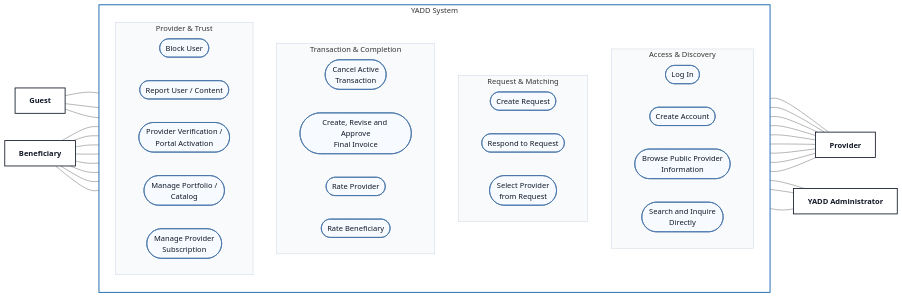
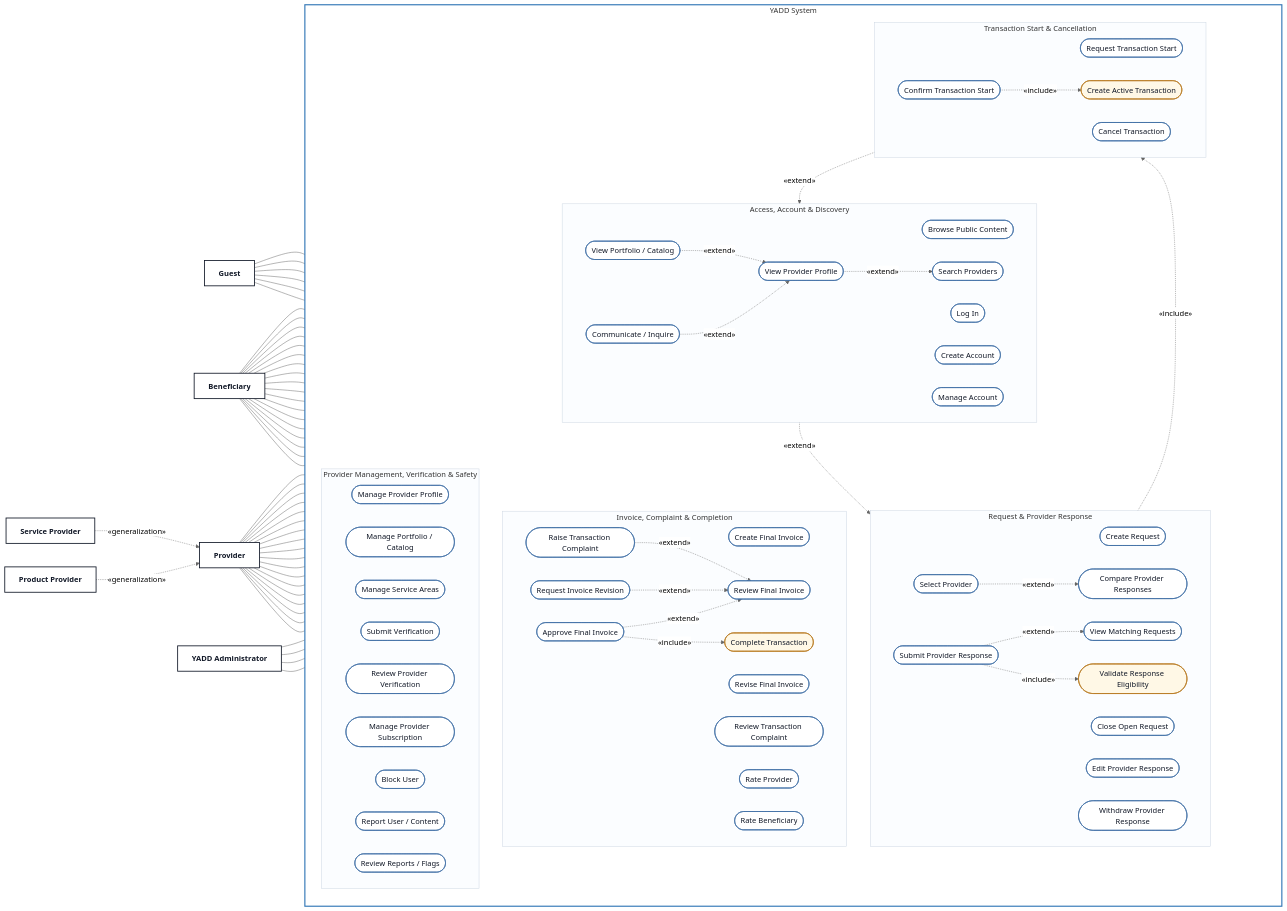
Before and after one commit to Yadd-SanaaUniversityGraduationProject/yadd: the diagram in diagrams/03-analysis/uml/use-case/00-main-overview.md, drawn with Mermaid (neutral theme). The commit also changed other lines of this file, not shown here.

Commit message:
Expand main YADD use case diagram in Mermaid

````diff
--- a/diagrams/03-analysis/uml/use-case/00-main-overview.md
+++ b/diagrams/03-analysis/uml/use-case/00-main-overview.md
@@ -21,75 +26,156 @@
     subgraph SYS["YADD System"]
         direction TB
 
-        subgraph ACCESS["Access & Discovery"]
+        subgraph ACCESS["Access, Account & Discovery"]
             direction LR
+            BROWSE(["Browse Public Content"]):::usecase
+            SEARCH(["Search Providers"]):::usecase
+            PROFILE(["View Provider Profile"]):::usecase
+            VIEW_PORTFOLIO(["View Portfolio / Catalog"]):::usecase
             LOGIN(["Log In"]):::usecase
             REGISTER(["Create Account"]):::usecase
-            UC00(["Browse Public Provider<br/>Information"]):::usecase
-            UC01(["Search and Inquire<br/>Directly"]):::usecase
+            MANAGE_ACCOUNT(["Manage Account"]):::usecase
+            CHAT(["Communicate / Inquire"]):::usecase
         end
 
-        subgraph REQUESTS["Request & Matching"]
+        subgraph REQUESTS["Request & Provider Response"]
             direction LR
-            UC02(["Create Request"]):::usecase
-            UC03(["Respond to Request"]):::usecase
-            UC04(["Select Provider<br/>from Request"]):::usecase
+            CREATE_REQ(["Create Request"]):::usecase
+            CLOSE_REQ(["Close Open Request"]):::usecase
+            COMPARE(["Compare Provider Responses"]):::usecase
+            SELECT(["Select Provider"]):::usecase
+            VIEW_MATCHING(["View Matching Requests"]):::usecase
+            SUBMIT_RESPONSE(["Submit Provider Response"]):::usecase
+            EDIT_RESPONSE(["Edit Provider Response"]):::usecase
+            WITHDRAW_RESPONSE(["Withdraw Provider Response"]):::usecase
+            VALIDATE_RESPONSE(["Validate Response Eligibility"]):::systemuc
         end
 
-        subgraph TRANSACTIONS["Transaction & Completion"]
+        subgraph TRANSACTION["Transaction Start & Cancellation"]
             direction LR
-            UC05(["Cancel Active<br/>Transaction"]):::usecase
-            UC06(["Create, Revise and Approve<br/>Final Invoice"]):::usecase
-            UC07(["Rate Provider"]):::usecase
-            UC07B(["Rate Beneficiary"]):::usecase
+            REQUEST_START(["Request Transaction Start"]):::usecase
+            CONFIRM_START(["Confirm Transaction Start"]):::usecase
+            CREATE_TX(["Create Active Transaction"]):::systemuc
+            CANCEL_TX(["Cancel Transaction"]):::usecase
         end
 
-        subgraph TRUST["Provider & Trust"]
+        subgraph INVOICE["Invoice, Complaint & Completion"]
             direction LR
+            CREATE_INV(["Create Final Invoice"]):::usecase
+            REVIEW_INV(["Review Final Invoice"]):::usecase
+            APPROVE_INV(["Approve Final Invoice"]):::usecase
+            REQUEST_REV(["Request Invoice Revision"]):::usecase
+            REVISE_INV(["Revise Final Invoice"]):::usecase
+            COMPLAINT(["Raise Transaction Complaint"]):::usecase
+            REVIEW_COMPLAINT(["Review Transaction Complaint"]):::usecase
+            COMPLETE_TX(["Complete Transaction"]):::systemuc
+            RATE_PROVIDER(["Rate Provider"]):::usecase
+            RATE_BENEFICIARY(["Rate Beneficiary"]):::usecase
+        end
+
+        subgraph PROVIDER_TRUST["Provider Management, Verification & Safety"]
+            direction LR
+            MANAGE_PROFILE(["Manage Provider Profile"]):::usecase
+            MANAGE_PORTFOLIO(["Manage Portfolio / Catalog"]):::usecase
+            SERVICE_AREAS(["Manage Service Areas"]):::usecase
+            SUBMIT_VERIFICATION(["Submit Verification"]):::usecase
+            REVIEW_VERIFICATION(["Review Provider Verification"]):::usecase
+            SUBSCRIPTION(["Manage Provider Subscription"]):::usecase
             BLOCK(["Block User"]):::usecase
             REPORT(["Report User / Content"]):::usecase
-            UC09(["Provider Verification /<br/>Portal Activation"]):::usecase
-            UC10(["Manage Portfolio /<br/>Catalog"]):::usecase
-            SUB(["Manage Provider<br/>Subscription"]):::usecase
+            REVIEW_REPORTS(["Review Reports / Flags"]):::usecase
         end
     end
 
     P["Provider"]:::actor
+    SP["Service Provider"]:::actor
+    PP["Product Provider"]:::actor
     A["YADD Administrator"]:::actor
 
+    %% Guest associations
+    G --- BROWSE
+    G --- SEARCH
+    G --- PROFILE
+    G --- VIEW_PORTFOLIO
     G --- LOGIN
     G --- REGISTER
-    G --- UC00
 
-    B --- UC01
-    B --- UC02
-    B --- UC04
-    B --- UC05
-    B --- UC06
-    B --- UC07
+    %% Beneficiary associations
+    B --- MANAGE_ACCOUNT
+    B --- SEARCH
+    B --- PROFILE
+    B --- CREATE_REQ
+    B --- CLOSE_REQ
+    B --- COMPARE
+    B --- CHAT
+    B --- SELECT
+    B --- REQUEST_START
+    B --- CONFIRM_START
+    B --- CANCEL_TX
+    B --- REVIEW_INV
+    B --- APPROVE_INV
+    B --- REQUEST_REV
+    B --- COMPLAINT
+    B --- RATE_PROVIDER
     B --- BLOCK
     B --- REPORT
 
-    UC01 --- P
-    UC03 --- P
-    UC05 --- P
-    UC06 --- P
-    UC07B --- P
-    BLOCK --- P
-    REPORT --- P
-    UC09 --- P
-    UC10 --- P
+    %% Provider associations
+    P --- MANAGE_ACCOUNT
+    P --- MANAGE_PROFILE
+    P --- MANAGE_PORTFOLIO
+    P --- SERVICE_AREAS
+    P --- SUBMIT_VERIFICATION
+    P --- VIEW_MATCHING
+    P --- SUBMIT_RESPONSE
+    P --- EDIT_RESPONSE
+    P --- WITHDRAW_RESPONSE
+    P --- CHAT
+    P --- REQUEST_START
+    P --- CONFIRM_START
+    P --- CANCEL_TX
+    P --- CREATE_INV
+    P --- REVISE_INV
+    P --- RATE_BENEFICIARY
+    P --- BLOCK
+    P --- REPORT
 
-    REPORT --- A
-    UC09 --- A
-    SUB --- A
+    %% Administrator associations
+    A --- REVIEW_VERIFICATION
+    A --- REVIEW_REPORTS
+    A --- REVIEW_COMPLAINT
+    A --- SUBSCRIPTION
+
+    %% Actor generalization
+    SP -. "«generalization»" .-> P
+    PP -. "«generalization»" .-> P
+
+    %% Approved / derived extend relationships
+    PROFILE -. "«extend»" .-> SEARCH
+    VIEW_PORTFOLIO -. "«extend»" .-> PROFILE
+    CHAT -. "«extend»" .-> PROFILE
+    CHAT -. "«extend»" .-> COMPARE
+    SELECT -. "«extend»" .-> COMPARE
+    SUBMIT_RESPONSE -. "«extend»" .-> VIEW_MATCHING
+    REQUEST_START -. "«extend»" .-> CHAT
+    APPROVE_INV -. "«extend»" .-> REVIEW_INV
+    REQUEST_REV -. "«extend»" .-> REVIEW_INV
+    COMPLAINT -. "«extend»" .-> REVIEW_INV
+
+    %% Approved / derived include relationships
+    SUBMIT_RESPONSE -. "«include»" .-> VALIDATE_RESPONSE
+    SELECT -. "«include»" .-> CREATE_TX
+    CONFIRM_START -. "«include»" .-> CREATE_TX
+    APPROVE_INV -. "«include»" .-> COMPLETE_TX
 
     classDef actor fill:#FFFFFF,stroke:#111827,stroke-width:1.8px,color:#111827,font-weight:bold;
-    classDef usecase fill:#F7FBFF,stroke:#3F6FA5,stroke-width:1.4px,color:#111827;
+    classDef usecase fill:#FFFFFF,stroke:#3F6FA5,stroke-width:1.4px,color:#111827;
+    classDef systemuc fill:#FFF8E6,stroke:#B7791F,stroke-width:1.4px,color:#111827;
 
-    style SYS fill:#FFFFFF,stroke:#2F75B5,stroke-width:2.2px
-    style ACCESS fill:#F9FAFB,stroke:#CBD5E1,stroke-width:1px
-    style REQUESTS fill:#F9FAFB,stroke:#CBD5E1,stroke-width:1px
-    style TRANSACTIONS fill:#F9FAFB,stroke:#CBD5E1,stroke-width:1px
-    style TRUST fill:#F9FAFB,stroke:#CBD5E1,stroke-width:1px
+    style SYS fill:#FFFFFF,stroke:#2F75B5,stroke-width:2.4px
+    style ACCESS fill:#FBFDFF,stroke:#CBD5E1,stroke-width:1px
+    style REQUESTS fill:#FBFDFF,stroke:#CBD5E1,stroke-width:1px
+    style TRANSACTION fill:#FBFDFF,stroke:#CBD5E1,stroke-width:1px
+    style INVOICE fill:#FBFDFF,stroke:#CBD5E1,stroke-width:1px
+    style PROVIDER_TRUST fill:#FBFDFF,stroke:#CBD5E1,stroke-width:1px
 ```
````
